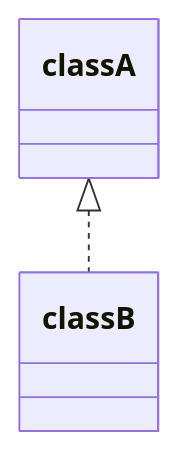
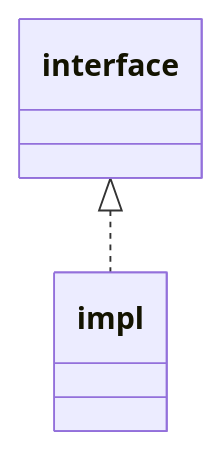
One commit to macinwasabi/TIL changed the eighth of 9 diagrams in UML/README.md. Above: the diagram before and after it, drawn with Mermaid. The commit also changed other lines of this file, not shown here.

Commit message:
UML クラス図 追記修正

````diff
--- a/UML/README.md
+++ b/UML/README.md
@@ -117,4 +127,4 @@
   ```mermaid
   classDiagram
-  classA <|.. classB
+  interface <|.. impl
   ```
````
